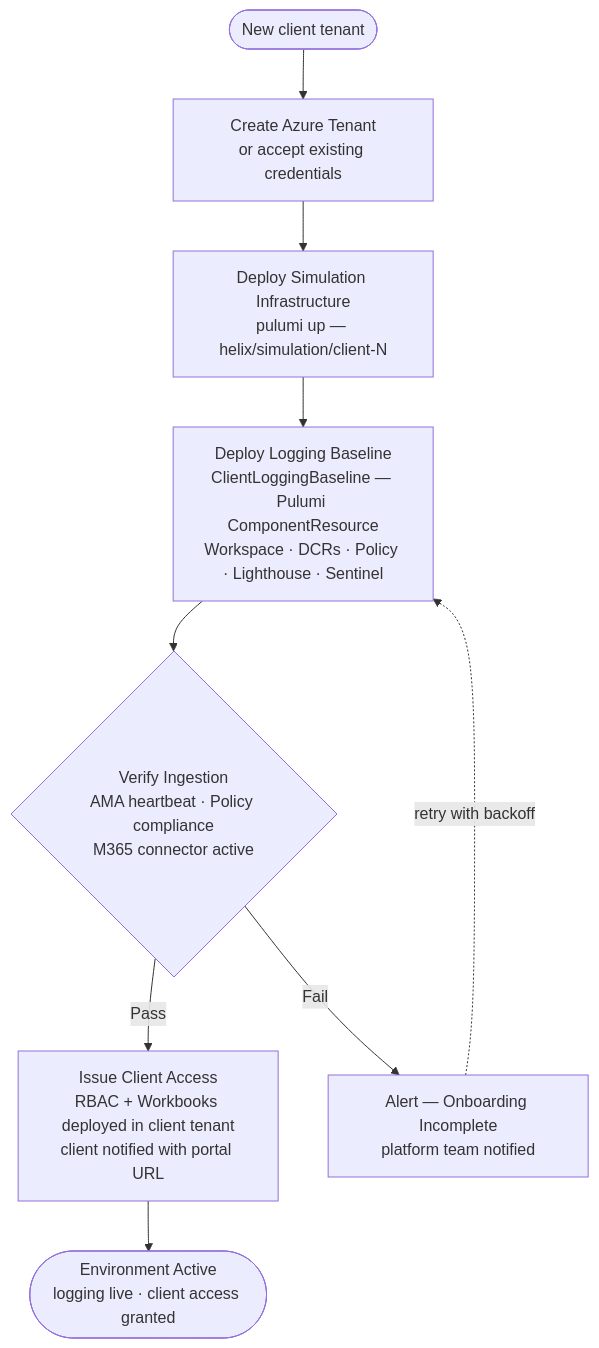
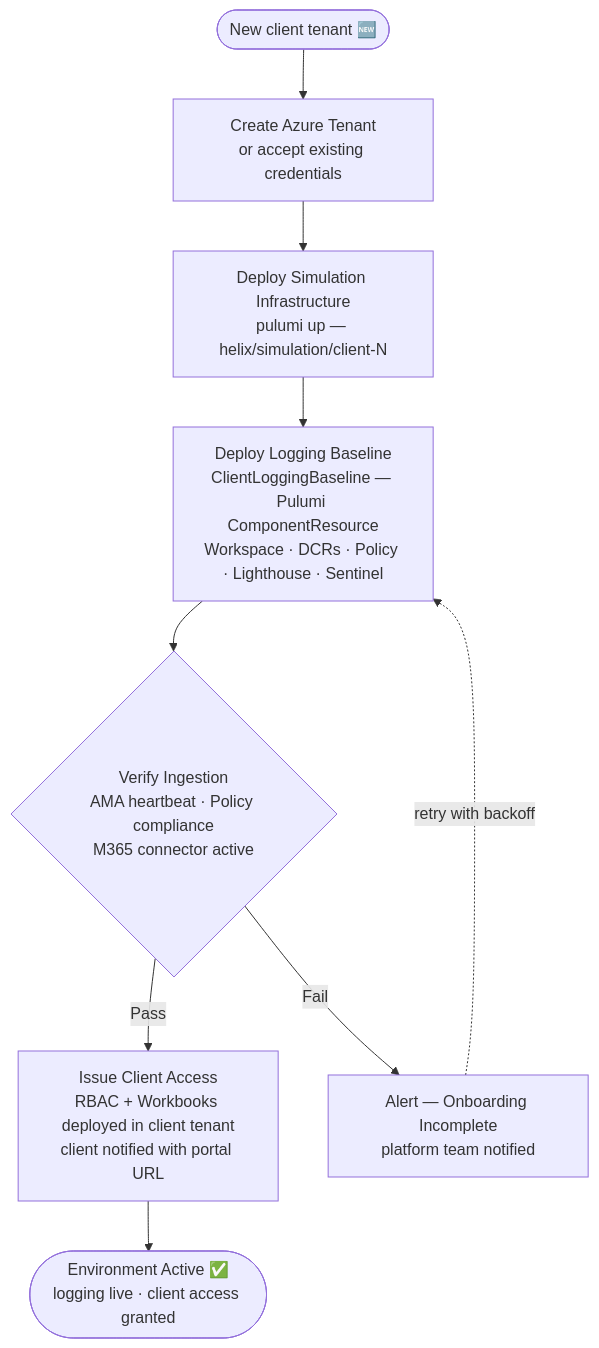
Before and after one commit to danielcorrea89/helix-logging-proposal: the third of 3 diagrams in README.md, drawn with Mermaid. The commit also changed other lines of this file and 8 other files, not shown here.

````diff
--- a/README.md
+++ b/README.md
@@ -123,16 +122,16 @@
 ```mermaid
 flowchart TD
-    START(["New client tenant"])
+    START(["New client tenant 🆕"])
 
     T1["Create Azure Tenant\nor accept existing credentials"]
     T2["Deploy Simulation Infrastructure\npulumi up — helix/simulation/client-N"]
     T3["Deploy Logging Baseline\nClientLoggingBaseline — Pulumi ComponentResource\nWorkspace · DCRs · Policy · Lighthouse · Sentinel"]
     T4{"Verify Ingestion\nAMA heartbeat · Policy compliance\nM365 connector active"}
     T5["Issue Client Access\nRBAC + Workbooks deployed in client tenant\nclient notified with portal URL"]
     ERR["Alert — Onboarding Incomplete\nplatform team notified"]
-    END(["Environment Active\nlogging live · client access granted"])
+    END(["Environment Active ✅\nlogging live · client access granted"])
 
     START --> T1 --> T2 --> T3 --> T4
     T4 -->|"Pass"| T5 --> END
     T4 -->|"Fail"| ERR -. "retry with backoff" .-> T3
 ```
````
